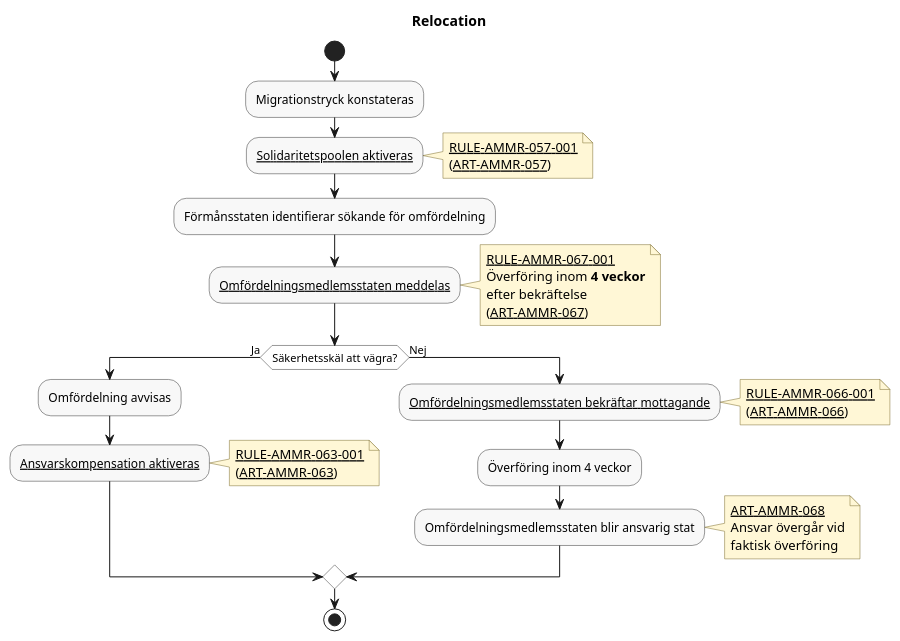
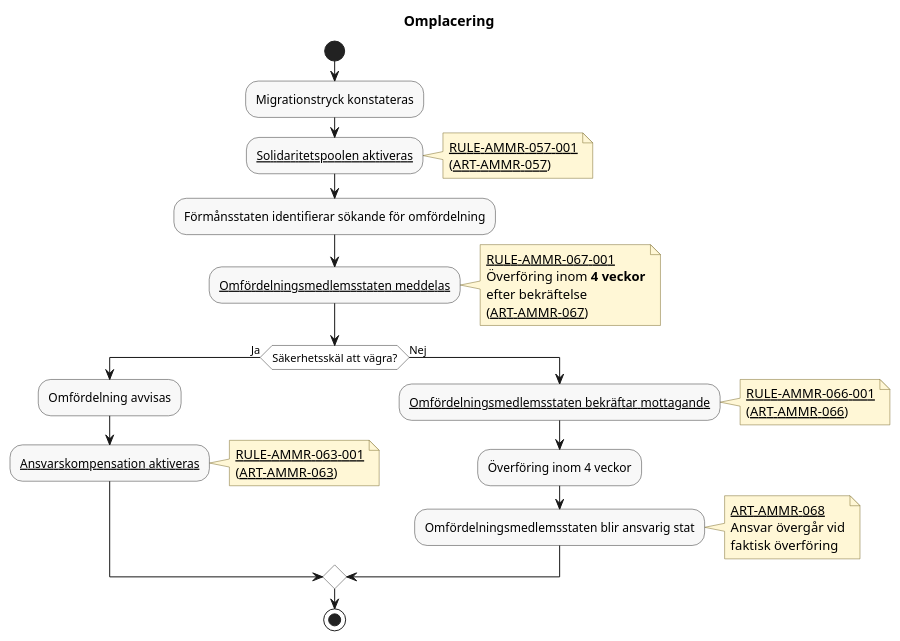
The diagram in docs/domains/solidarity/diagrams/relocation.pu (chrhe894/migration_pact), drawn with PlantUML before and after one commit. The commit also changed other lines of this file and 225 other files, not shown here.

```diff
--- a/docs/domains/solidarity/diagrams/relocation.pu
+++ b/docs/domains/solidarity/diagrams/relocation.pu
@@ -15,71 +15,71 @@
 @startuml relocation
 
-title Relocation
+title Omplacering
 
 skinparam shadowing false
 skinparam HyperlinkColor Black
 skinparam HyperlinkUnderline true
 skinparam defaultFontName Arial
 skinparam activity {
   BackgroundColor #F8F8F8
   BorderColor #333333
   DiamondBackgroundColor #FFFFFF
   DiamondBorderColor #333333
 }
 skinparam note {
   BackgroundColor #FFF7D6
   BorderColor #7A6A2A
 }
 
 start
 
 :Migrationstryck konstateras;
 
 :[[../rules/rule-ammr-057-001.md Solidaritetspoolen aktiveras]];
 note right
   [[../rules/rule-ammr-057-001.md RULE-AMMR-057-001]]
   ([[../articles/ammr-057.md ART-AMMR-057]])
 end note
 
 :Förmånsstaten identifierar sökande för omfördelning;
 
 :[[../rules/rule-ammr-067-001.md Omfördelningsmedlemsstaten meddelas]];
 note right
   [[../rules/rule-ammr-067-001.md RULE-AMMR-067-001]]
   Överföring inom **4 veckor**
   efter bekräftelse
   ([[../articles/ammr-067.md ART-AMMR-067]])
 end note
 
 if (Säkerhetsskäl att vägra?) then (Ja)
 
     :Omfördelning avvisas;
 
     :[[../rules/rule-ammr-063-001.md Ansvarskompensation aktiveras]];
     note right
       [[../rules/rule-ammr-063-001.md RULE-AMMR-063-001]]
       ([[../articles/ammr-063.md ART-AMMR-063]])
     end note
 
 else (Nej)
 
     :[[../rules/rule-ammr-066-001.md Omfördelningsmedlemsstaten bekräftar mottagande]];
     note right
       [[../rules/rule-ammr-066-001.md RULE-AMMR-066-001]]
       ([[../articles/ammr-066.md ART-AMMR-066]])
     end note
 
     :Överföring inom 4 veckor;
 
     :Omfördelningsmedlemsstaten blir ansvarig stat;
     note right
       [[../articles/ammr-068.md ART-AMMR-068]]
       Ansvar övergår vid
       faktisk överföring
     end note
 
 endif
 
 stop
 
 @enduml
```
